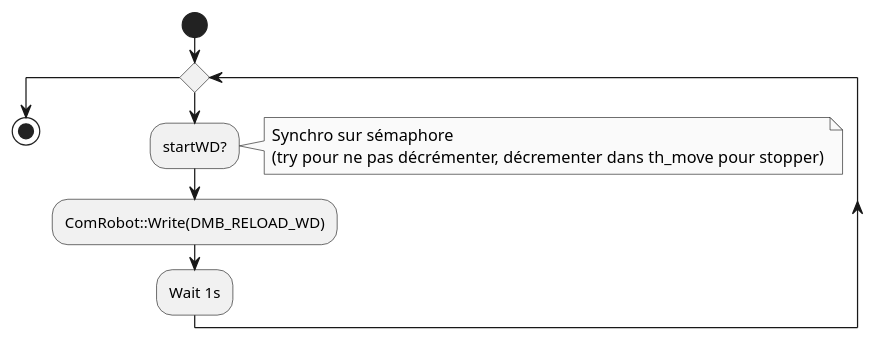
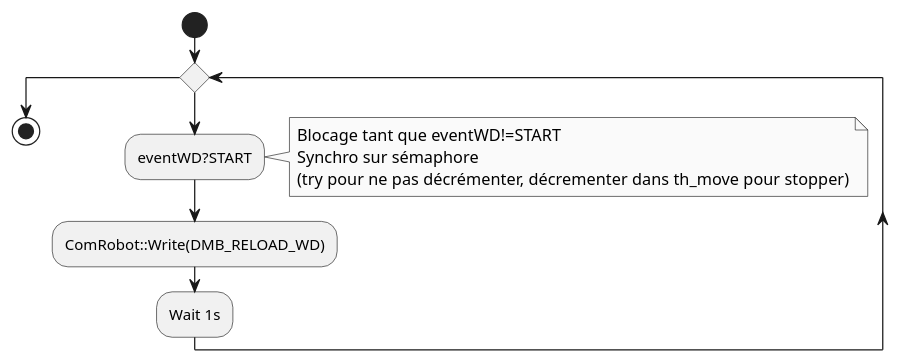
Before and after one commit to Bobillot/BE_Temps_Reel: the diagram in diags/th_watchdog.puml, drawn with PlantUML.

```diff
--- a/diags/th_watchdog.puml
+++ b/diags/th_watchdog.puml
@@ -1,26 +1,27 @@
 @startuml th_watchdog
 
 skinparam monochrome true
 
 'Modifier conception pour retirer stop signal
 'Inutile (Semaphore bloquant tant que pas d'utilité de cette tâche)
 start
 
 while( )
 
-:startWD?;
+:eventWD?START;
 note right
+    Blocage tant que eventWD!=START
     Synchro sur sémaphore 
     (try pour ne pas décrémenter, décrementer dans th_move pour stopper)
 end note
 
 :ComRobot::Write(DMB_RELOAD_WD);
 
 :Wait 1s;
 
 endwhile
 
 
 stop
 
 @enduml
```
